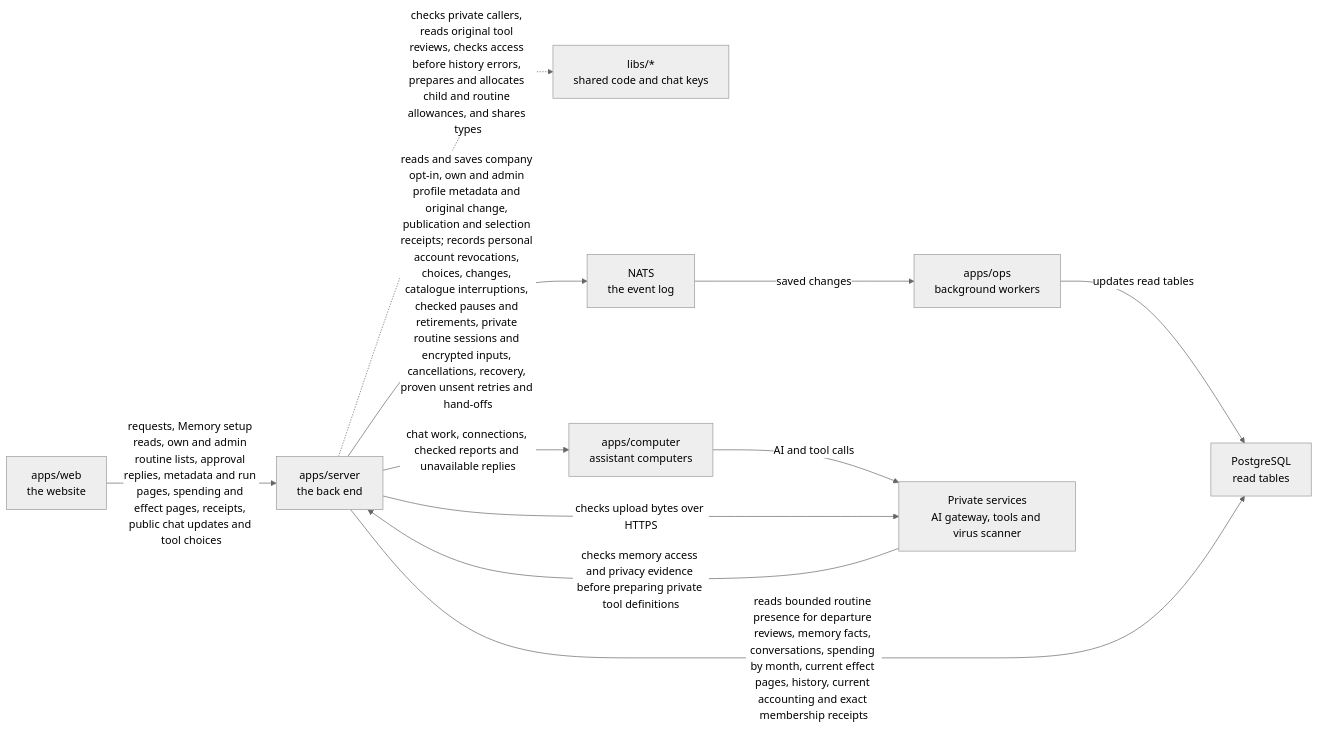
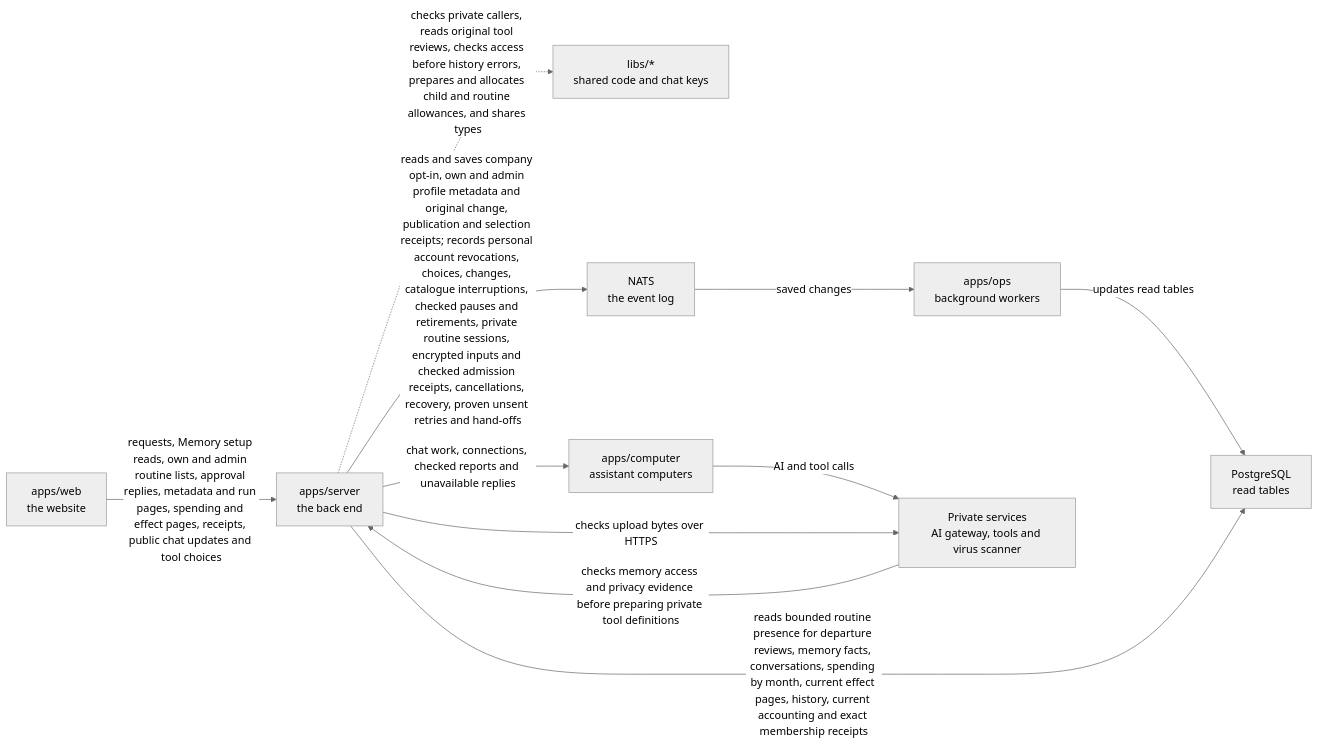
One commit to elewa-git/opencrane-new changed the diagram in apps/server/README.md. Above: the diagram before and after it, drawn with Mermaid (neutral theme). The commit also changed other lines of this file and 10 other files, not shown here.

Commit message:
🔒 Record one checked routine activation admission

````diff
--- a/apps/server/README.md
+++ b/apps/server/README.md
@@ -92,13 +92,13 @@
 ```mermaid
 flowchart LR
   web["apps/web<br/>the website"] -->|requests, Memory setup reads, own and admin routine lists, approval replies, metadata and run pages, spending and effect pages, receipts, public chat updates and tool choices| server["apps/server<br/>the back end"]
   server -.->|checks private callers, reads original tool reviews, checks access before history errors, prepares and allocates child and routine allowances, and shares types| libs["libs/*<br/>shared code and chat keys"]
-  server -->|reads and saves company opt-in, own and admin profile metadata and original change, publication and selection receipts; records personal account revocations, choices, changes, catalogue interruptions, checked pauses and retirements, private routine sessions and encrypted inputs, cancellations, recovery, proven unsent retries and hand-offs| nats["NATS<br/>the event log"]
+  server -->|reads and saves company opt-in, own and admin profile metadata and original change, publication and selection receipts; records personal account revocations, choices, changes, catalogue interruptions, checked pauses and retirements, private routine sessions, encrypted inputs and checked admission receipts, cancellations, recovery, proven unsent retries and hand-offs| nats["NATS<br/>the event log"]
   nats -->|saved changes| ops["apps/ops<br/>background workers"]
   ops -->|updates read tables| postgres["PostgreSQL<br/>read tables"]
   server -->|reads bounded routine presence for departure reviews, memory facts, conversations, spending by month, current effect pages, history, current accounting and exact membership receipts| postgres
   server -->|chat work, connections, checked reports and unavailable replies| computer["apps/computer<br/>assistant computers"]
   computer -->|AI and tool calls| runtime["Private services<br/>AI gateway, tools and virus scanner"]
   server -->|checks upload bytes over HTTPS| runtime
   runtime -->|checks memory access and privacy evidence before preparing private tool definitions| server
 ```
````
